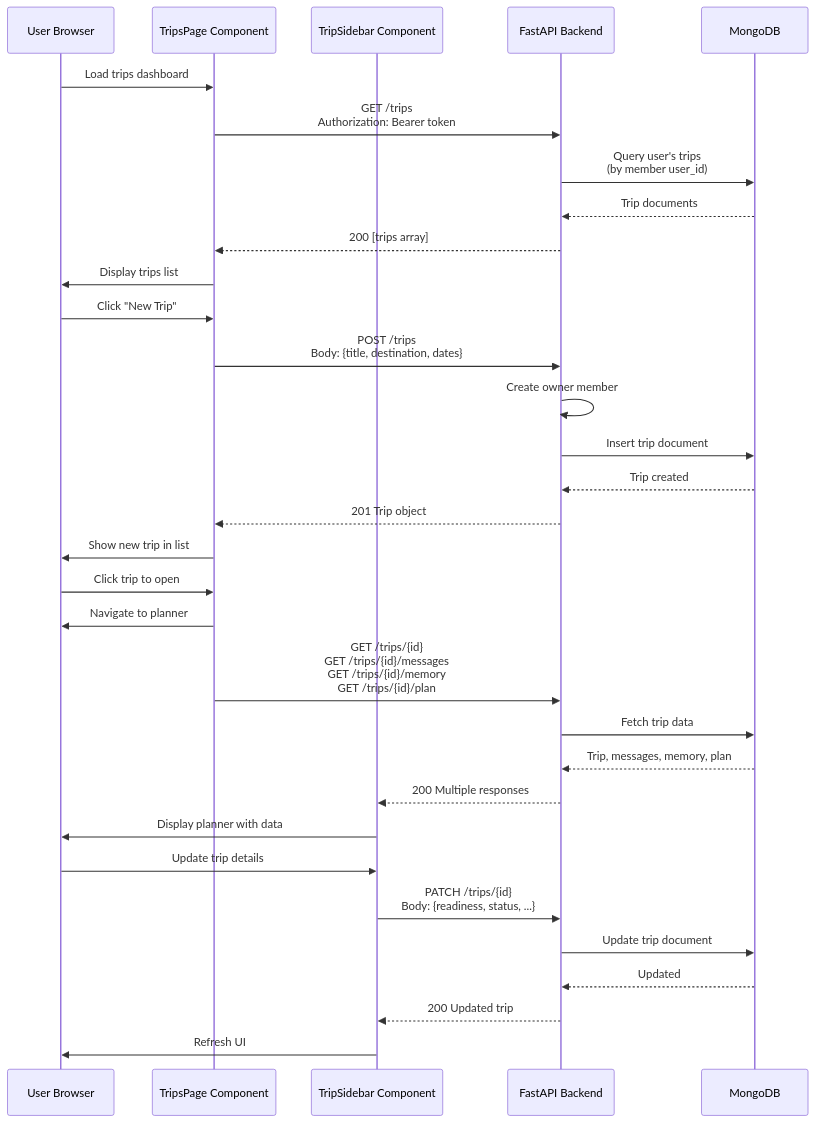
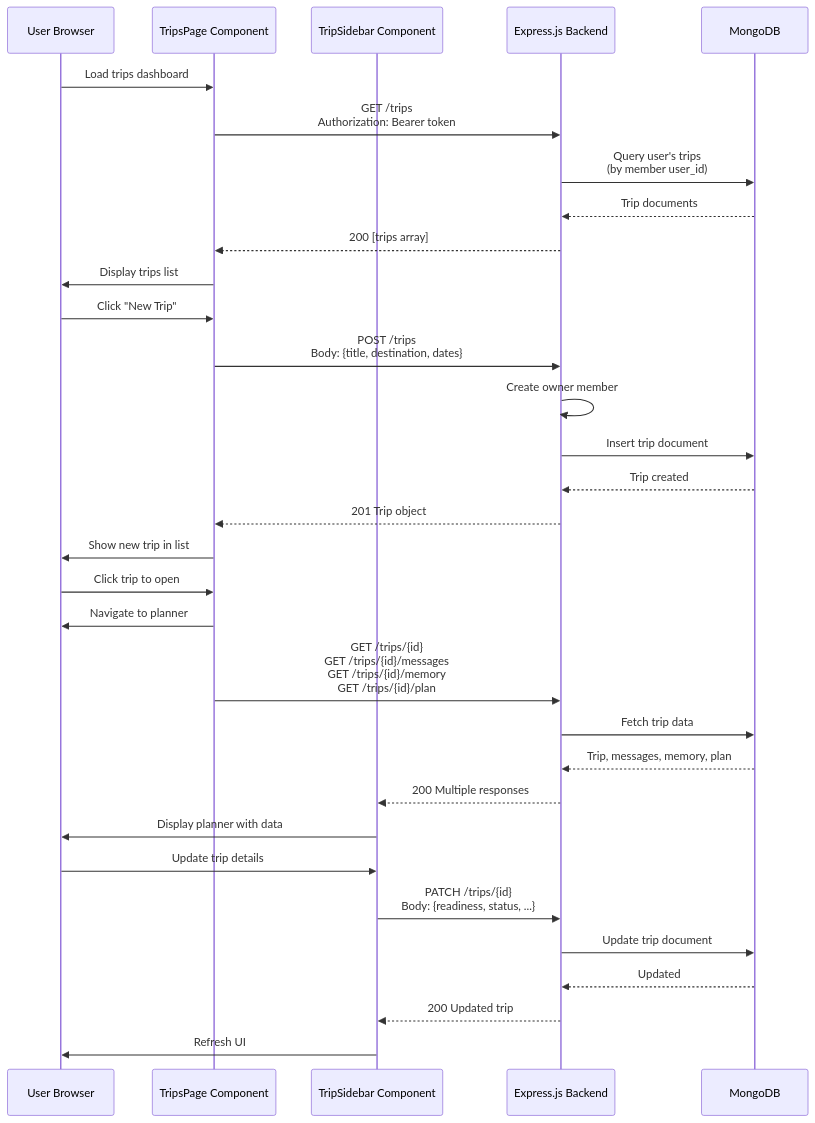
One commit to shankerram3/NomadSync changed the eighth of 9 diagrams in README.md. Above: the diagram before and after it, drawn with Mermaid. The commit also changed other lines of this file and 54 other files, not shown here.

First line of the commit message:
feat: convert backend from Python/FastAPI to Node.js/Express

````diff
--- a/README.md
+++ b/README.md
@@ -908,38 +904,38 @@
 ```mermaid
 sequenceDiagram
     participant U as User Browser
     participant TP as TripsPage Component
     participant TSP as TripSidebar Component
-    participant API as FastAPI Backend
+    participant API as Express.js Backend
     participant DB as MongoDB
     
     U->>TP: Load trips dashboard
     TP->>API: GET /trips<br/>Authorization: Bearer token
     API->>DB: Query user's trips<br/>(by member user_id)
     DB-->>API: Trip documents
     API-->>TP: 200 [trips array]
     TP->>U: Display trips list
     
     U->>TP: Click "New Trip"
     TP->>API: POST /trips<br/>Body: {title, destination, dates}
     API->>API: Create owner member
     API->>DB: Insert trip document
     DB-->>API: Trip created
     API-->>TP: 201 Trip object
     TP->>U: Show new trip in list
     
     U->>TP: Click trip to open
     TP->>U: Navigate to planner
     TP->>API: GET /trips/{id}<br/>GET /trips/{id}/messages<br/>GET /trips/{id}/memory<br/>GET /trips/{id}/plan
     API->>DB: Fetch trip data
     DB-->>API: Trip, messages, memory, plan
     API-->>TSP: 200 Multiple responses
     TSP->>U: Display planner with data
     
     U->>TSP: Update trip details
     TSP->>API: PATCH /trips/{id}<br/>Body: {readiness, status, ...}
     API->>DB: Update trip document
     DB-->>API: Updated
     API-->>TSP: 200 Updated trip
     TSP->>U: Refresh UI
 ```
````
